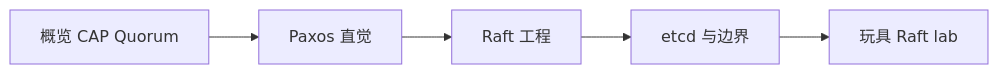
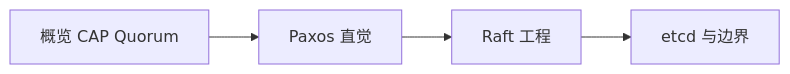
Before and after one commit to y-Adrian/LocalBlog: the diagram in content/分布式系统/共识算法/index.md, drawn with Mermaid. The commit also changed other lines of this file and 6 other files, not shown here.

````diff
--- a/content/分布式系统/共识算法/index.md
+++ b/content/分布式系统/共识算法/index.md
@@ -28,9 +28,8 @@
 ```mermaid
 flowchart LR
   O[概览 CAP Quorum]
   P[Paxos 直觉]
   R[Raft 工程]
   E[etcd 与边界]
-  T[玩具 Raft lab]
-  O --> P --> R --> E --> T
+  O --> P --> R --> E
 ```
````
